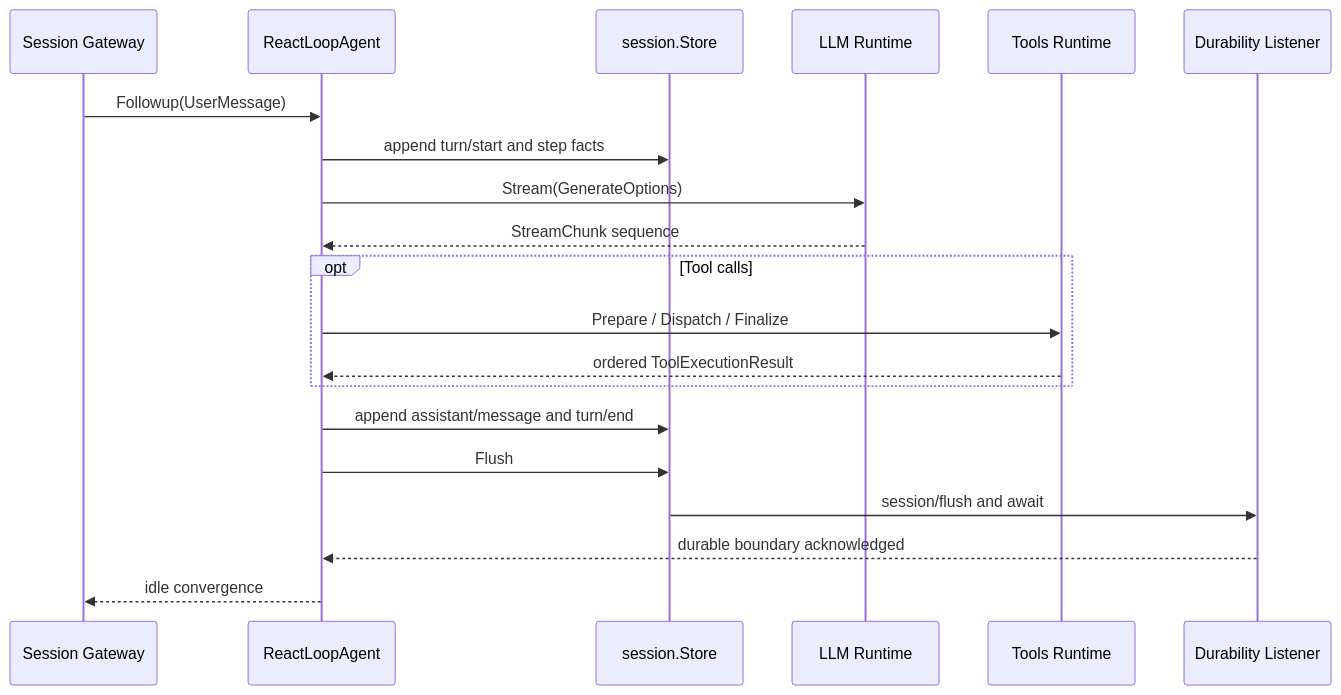
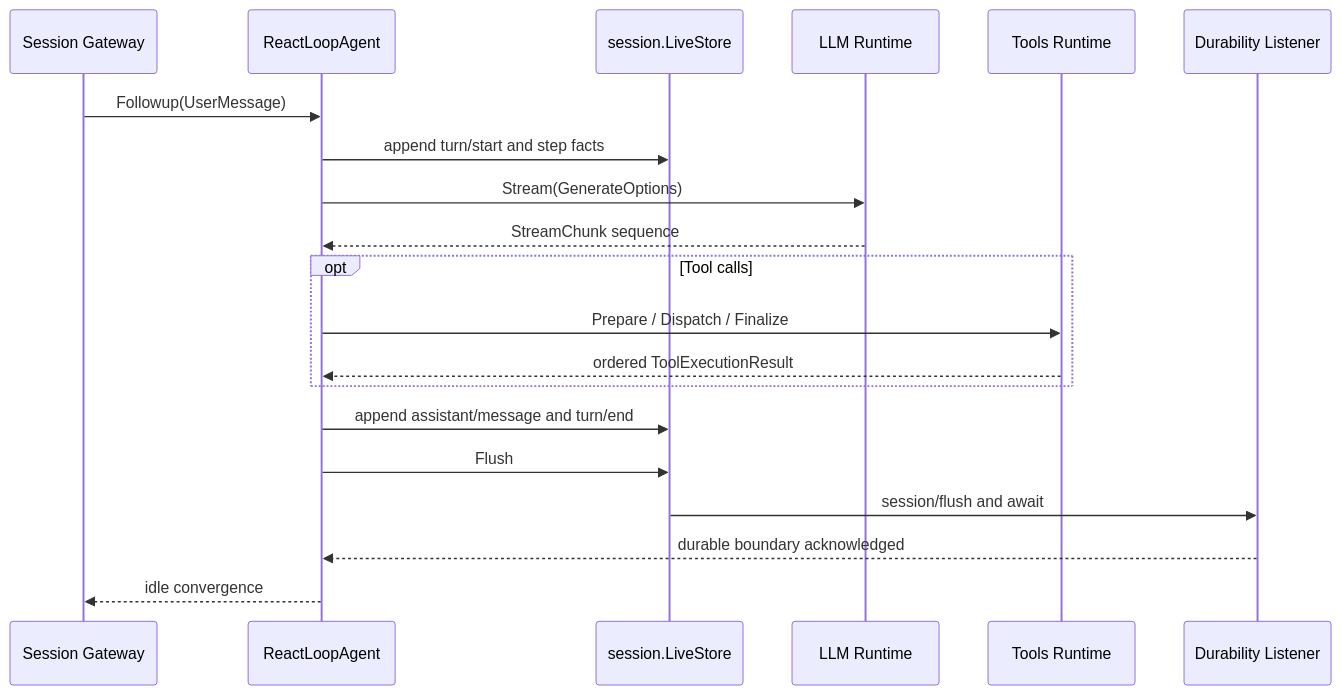
The second of 2 diagrams in agentloop/README.zh-CN.md (gorenx/goren), drawn with Mermaid before and after one commit. The commit also changed other lines of this file and 27 other files, not shown here.

````diff
--- a/agentloop/README.zh-CN.md
+++ b/agentloop/README.zh-CN.md
@@ -31,23 +31,23 @@
 ```mermaid
 sequenceDiagram
     participant A as Session Gateway
     participant G as ReactLoopAgent
-    participant S as session.Store
+    participant S as session.LiveStore
     participant L as LLM Runtime
     participant T as Tools Runtime
     participant D as Durability Listener
 
     A->>G: Followup(UserMessage)
     G->>S: append turn/start and step facts
     G->>L: Stream(GenerateOptions)
     L-->>G: StreamChunk sequence
     opt Tool calls
         G->>T: Prepare / Dispatch / Finalize
         T-->>G: ordered ToolExecutionResult
     end
     G->>S: append assistant/message and turn/end
     G->>S: Flush
     S->>D: session/flush and await
     D-->>G: durable boundary acknowledged
     G-->>A: idle convergence
 ```
````
